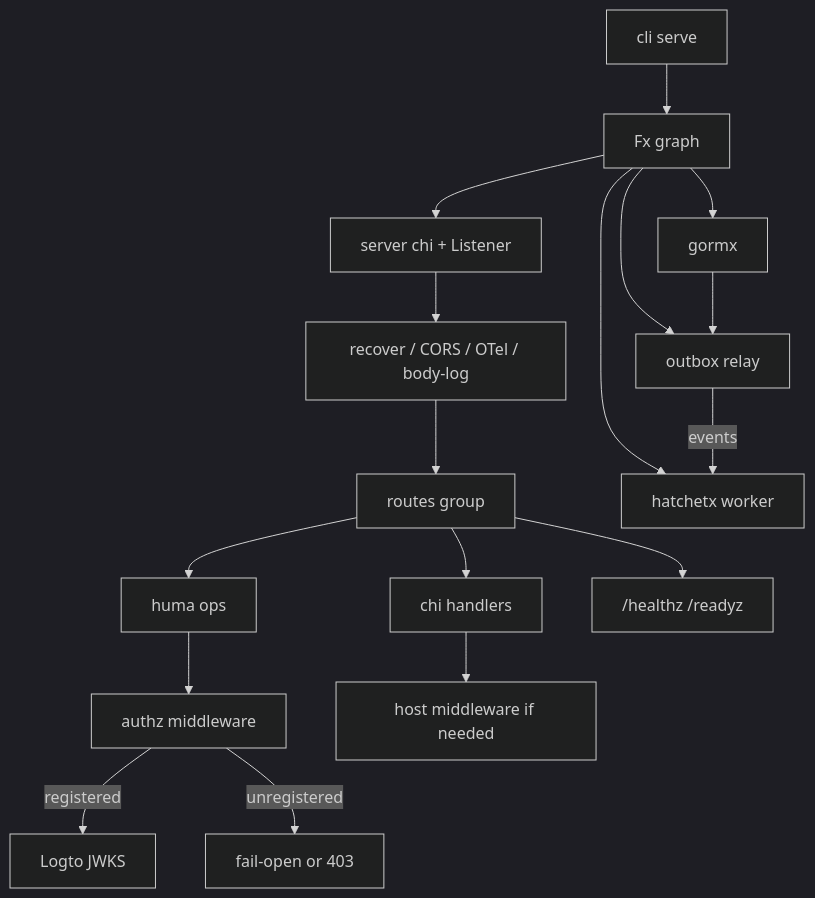
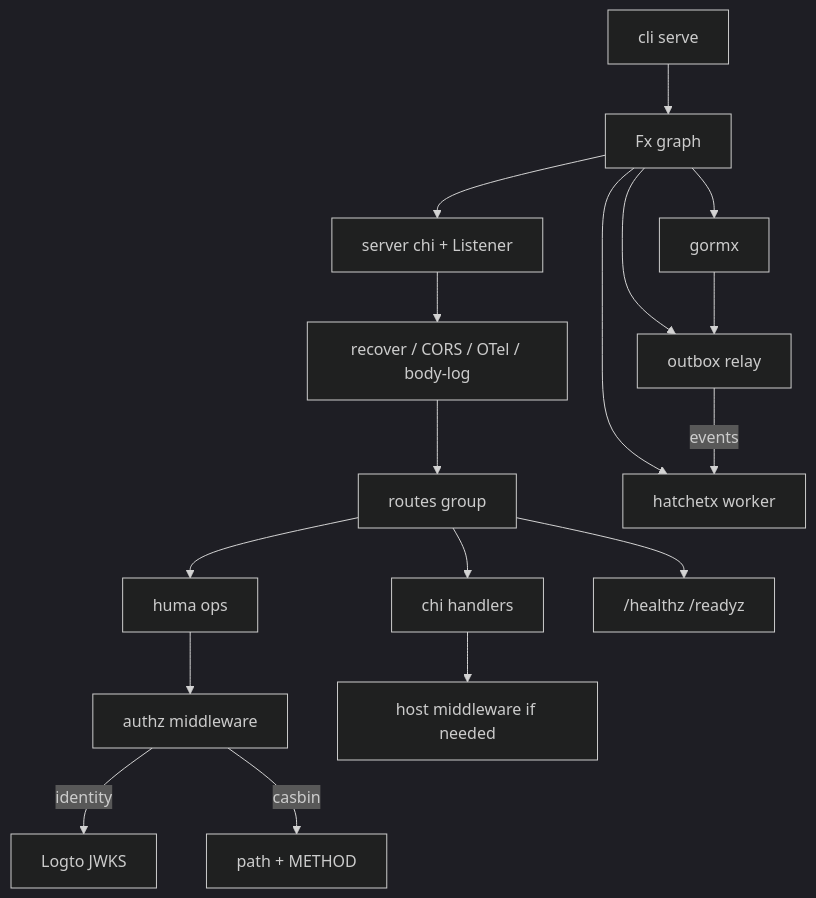
Before and after one commit to fitan/fxkit: the diagram in README.md, drawn with Mermaid (dark theme). The commit also changed other lines of this file and 122 other files, not shown here.

````diff
--- a/README.md
+++ b/README.md
@@ -798,19 +837,19 @@
 ```mermaid
 flowchart TB
   CLI[cli serve] --> FX[Fx graph]
   FX --> HTTP[server chi + Listener]
   HTTP --> MW[recover / CORS / OTel / body-log]
   MW --> Routes[routes group]
   Routes --> Huma[huma ops]
   Routes --> Chi[chi handlers]
   Routes --> Health["/healthz /readyz"]
   Huma --> Authz[authz middleware]
-  Authz -->|registered| JWT[Logto JWKS]
-  Authz -->|unregistered| Open[fail-open or 403]
+  Authz -->|identity| JWT[Logto JWKS]
+  Authz -->|casbin| Enforce[path + METHOD]
   Chi --> HostAuth[host middleware if needed]
   FX --> GORM[gormx]
   FX --> OB[outbox relay]
   FX --> HT[hatchetx worker]
   OB -->|events| HT
   GORM --> OB
 ```
````
